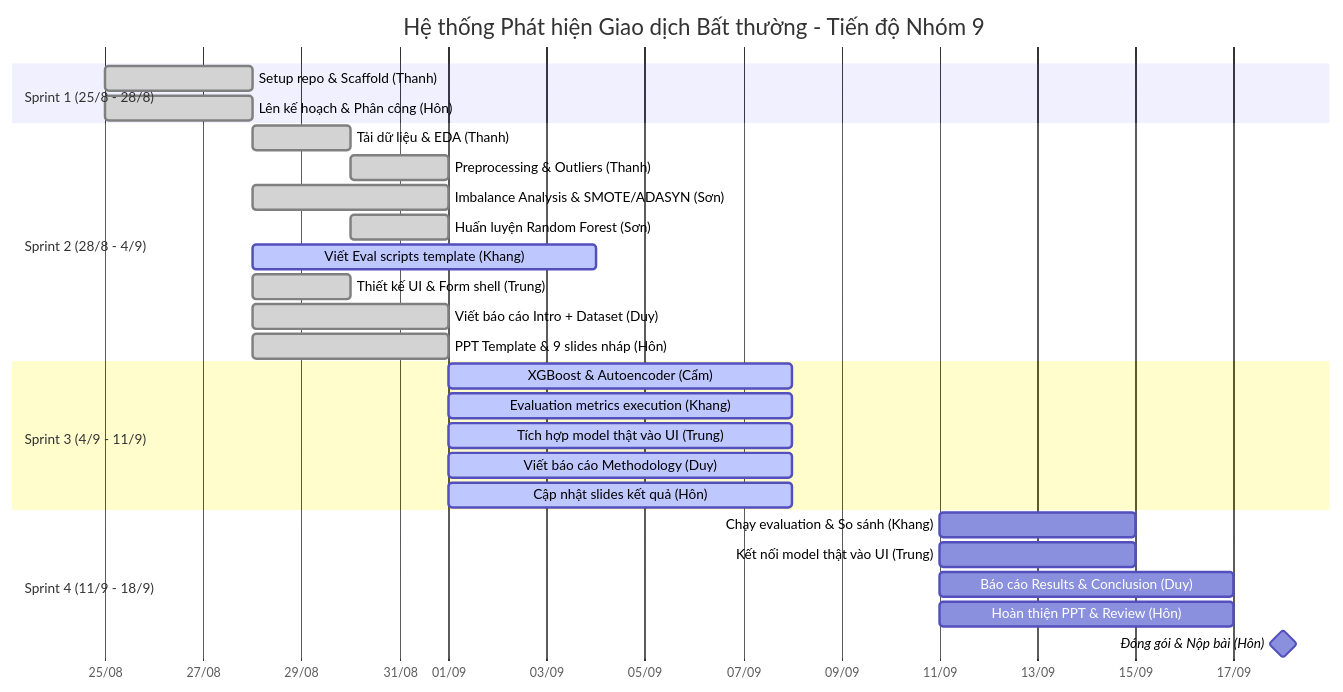
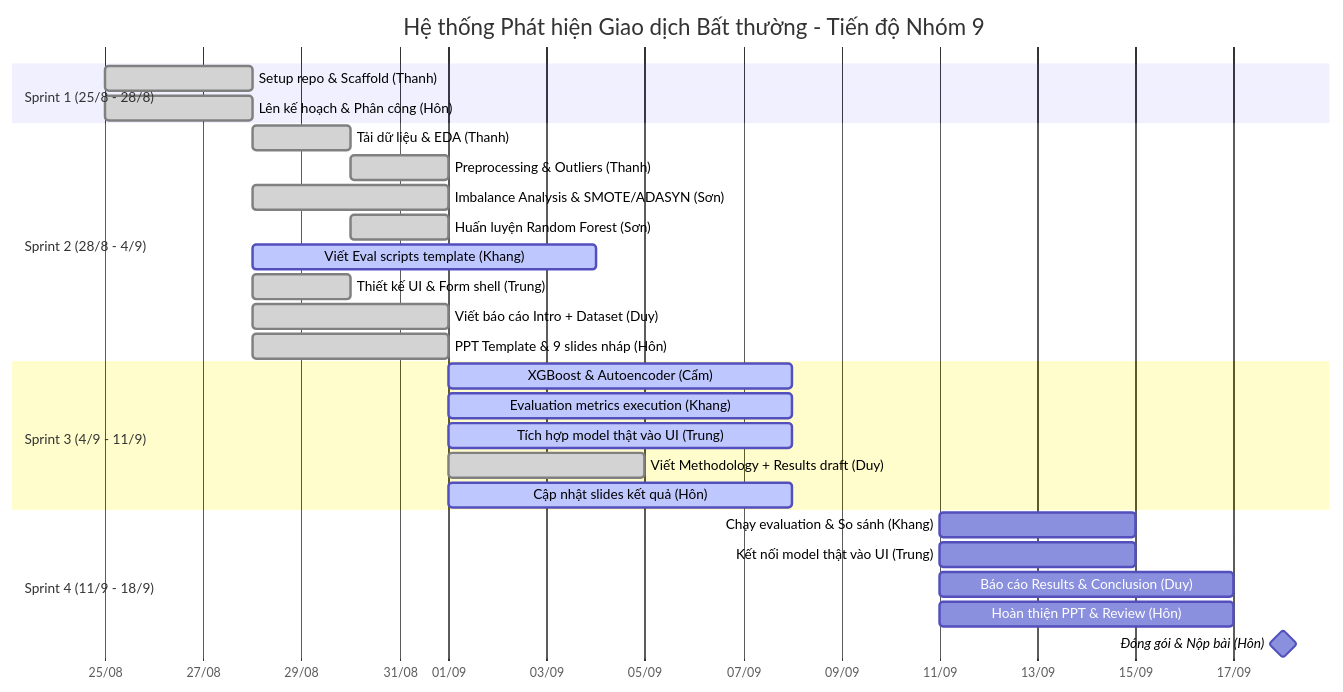
One commit to uit-25730067-chithanh/CS106-Team09-Fraud-Detection changed the diagram in draft/fraud-detection/docs/project-roadmap.md. Above: the diagram before and after it, drawn with Mermaid. The commit also changed other lines of this file and 22 other files, not shown here.

````diff
--- a/draft/fraud-detection/docs/project-roadmap.md
+++ b/draft/fraud-detection/docs/project-roadmap.md
@@ -13,35 +13,35 @@
 ```mermaid
 gantt
     title Hệ thống Phát hiện Giao dịch Bất thường - Tiến độ Nhóm 9
     dateFormat  YYYY-MM-DD
     axisFormat  %d/%m
     tickInterval 1w
 
     section Sprint 1 (25/8 - 28/8)
     Setup repo & Scaffold (Thanh)        :done, s1_1, 2026-08-25, 2026-08-28
     Lên kế hoạch & Phân công (Hôn)      :done, s1_2, 2026-08-25, 2026-08-28
 
     section Sprint 2 (28/8 - 4/9)
     Tải dữ liệu & EDA (Thanh)            :done, s2_1, 2026-08-28, 2d
     Preprocessing & Outliers (Thanh)     :done, s2_2, 2026-08-30, 2d
     Imbalance Analysis & SMOTE/ADASYN (Sơn) :done, s2_3, 2026-08-28, 4d
     Huấn luyện Random Forest (Sơn)       :done, s2_4, 2026-08-30, 2d
     Viết Eval scripts template (Khang)   :active, s2_5, 2026-08-28, 7d
     Thiết kế UI & Form shell (Trung)     :done, s2_6, 2026-08-28, 2d
     Viết báo cáo Intro + Dataset (Duy)   :done, s2_7, 2026-08-28, 4d
     PPT Template & 9 slides nháp (Hôn)   :done, s2_8, 2026-08-28, 4d
 
     section Sprint 3 (4/9 - 11/9)
     XGBoost & Autoencoder (Cẩm)          :active, s3_1, 2026-09-01, 7d
     Evaluation metrics execution (Khang) :active, s3_2, 2026-09-01, 7d
     Tích hợp model thật vào UI (Trung)   :active, s3_3, 2026-09-01, 7d
-    Viết báo cáo Methodology (Duy)       :active, s3_4, 2026-09-01, 7d
+    Viết Methodology + Results draft (Duy) :done, s3_4, 2026-09-01, 4d
     Cập nhật slides kết quả (Hôn)        :active, s3_5, 2026-09-01, 7d
 
     section Sprint 4 (11/9 - 18/9)
     Chạy evaluation & So sánh (Khang)   :s4_1, 2026-09-11, 4d
     Kết nối model thật vào UI (Trung)    :s4_2, 2026-09-11, 4d
     Báo cáo Results & Conclusion (Duy)   :s4_3, 2026-09-11, 6d
     Hoàn thiện PPT & Review (Hôn)        :s4_4, 2026-09-11, 6d
     Đóng gói & Nộp bài (Hôn)             :milestone, s4_5, 2026-09-18, 0d
 ```
````
